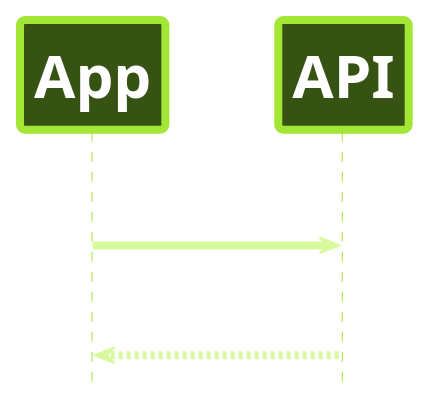
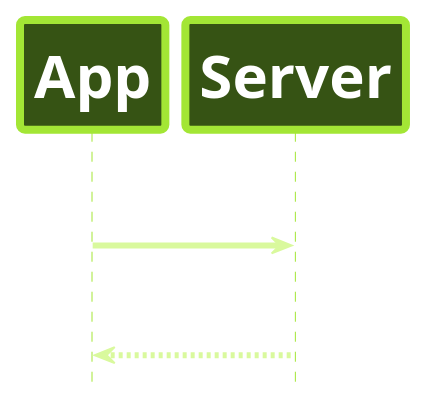
The diagram in docs/images/hero/sequence.puml (demaconsulting/CanvasNet), drawn with PlantUML before and after one commit. The commit also changed 16 other files, not shown here.

First line of the commit message:
Polish the PlantUML README images after visual review

```diff
--- a/docs/images/hero/sequence.puml
+++ b/docs/images/hero/sequence.puml
@@ -3,22 +3,23 @@
 @startuml
 skinparam backgroundColor transparent
 skinparam defaultFontName sans-serif
 skinparam shadowing false
-skinparam sequenceArrowThickness 4
+skinparam sequenceArrowThickness 3
 skinparam arrowColor #d9f99d
 skinparam arrowFontColor #ffffff
 skinparam arrowFontSize 30
 skinparam arrowFontStyle bold
 skinparam sequenceLifeLineBorderColor #a3e635
 skinparam participantBackgroundColor #365314
 skinparam participantBorderColor #a3e635
 skinparam participantBorderThickness 4
 skinparam participantFontColor #ffffff
 skinparam participantFontSize 30
 skinparam participantFontStyle bold
+skinparam sequenceMessageAlign center
 hide footbox
 participant App
-participant API
-App -> API : render
-API --> App : PNG
+participant Server
+App -> Server : draw
+Server --> App : PNG
 @enduml
```
